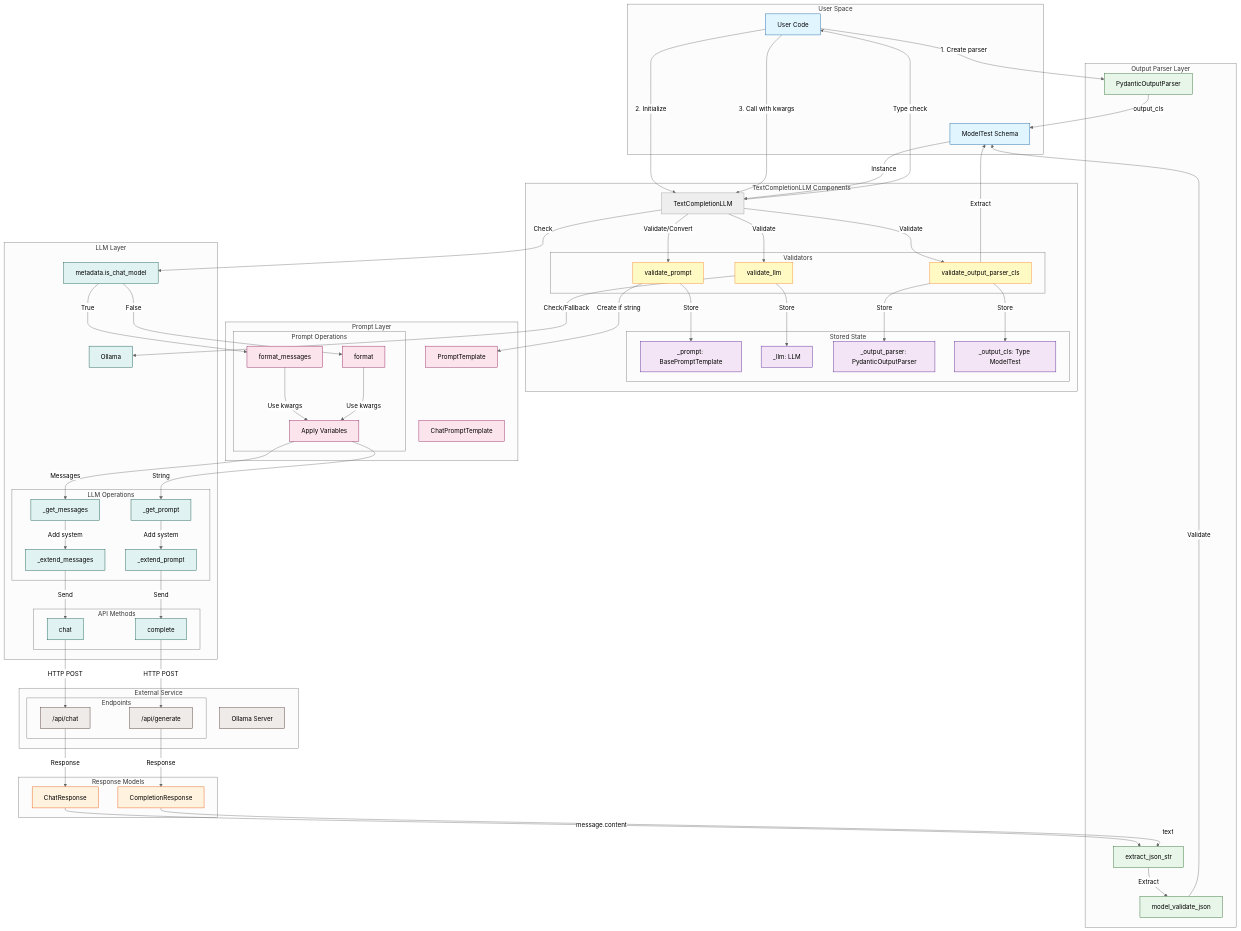
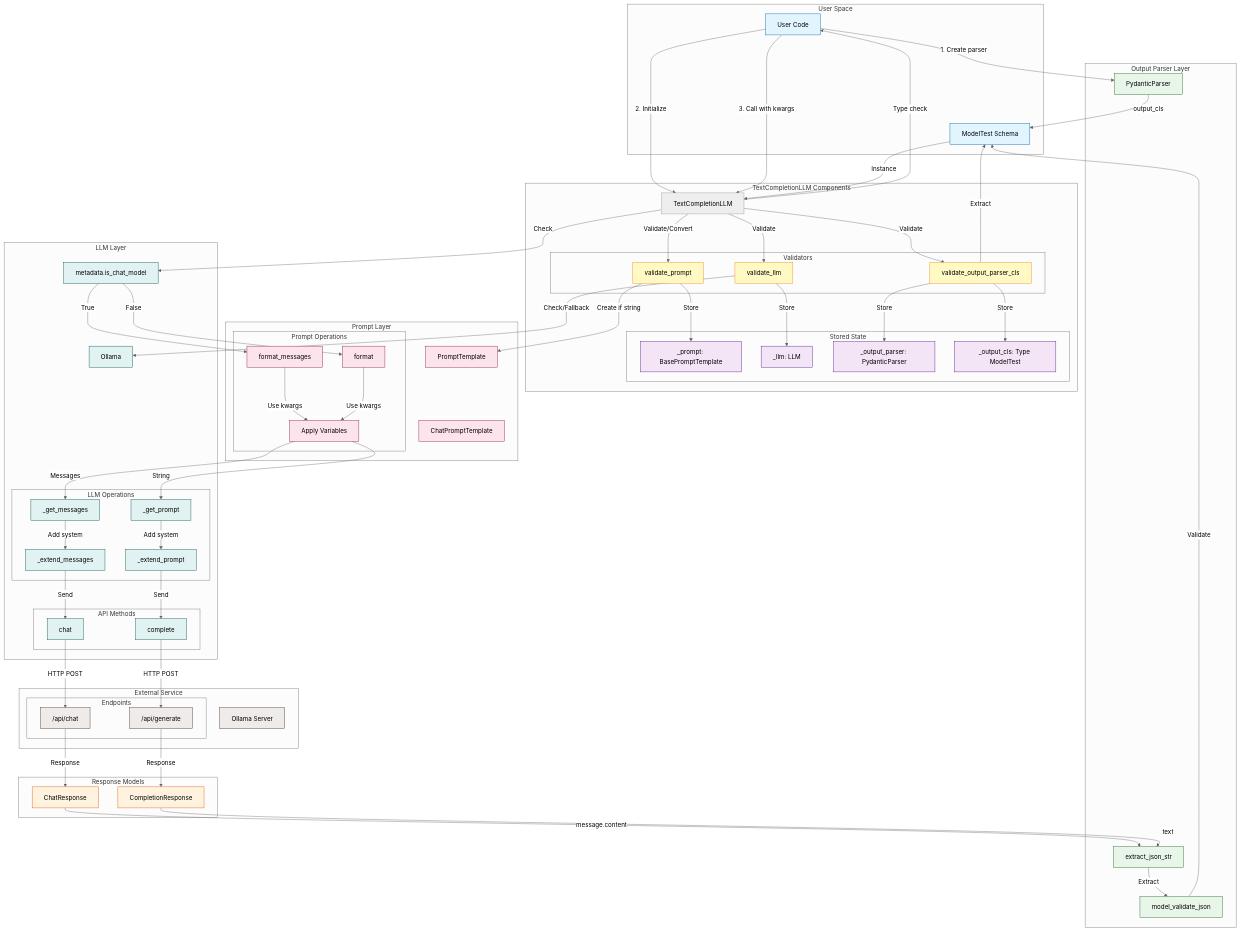
Before and after one commit to Serapieum-of-alex/serapeum: the diagram in docs/reference/structured_tools/text_completion_llm/text_completion_llm_components.md, drawn with Mermaid (neutral theme). The commit also changed other lines of this file and 6 other files, not shown here.

Commit message:
rename BaseOutputParser to BaseParser and PydanticOutputParser to PydanticParser

```diff
--- a/docs/reference/structured_tools/text_completion_llm/text_completion_llm_components.md
+++ b/docs/reference/structured_tools/text_completion_llm/text_completion_llm_components.md
@@ -21,13 +21,13 @@
         subgraph Stored State
             SP["_prompt: BasePromptTemplate"]
             SL["_llm: LLM"]
-            SO["_output_parser: PydanticOutputParser"]
+            SO["_output_parser: PydanticParser"]
             SC["_output_cls: Type ModelTest"]
         end
     end
 
     subgraph Output Parser Layer
-        POP[PydanticOutputParser]
+        POP[PydanticParser]
         EJ[extract_json_str]
         VJ[model_validate_json]
     end
```
